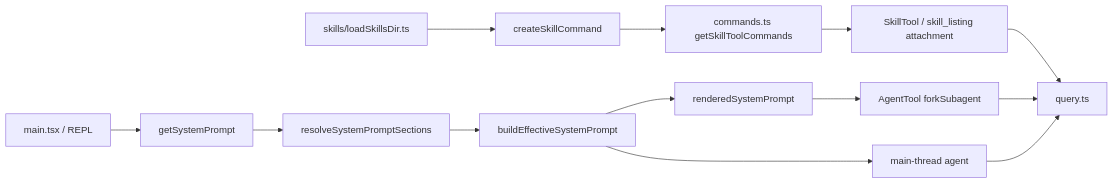
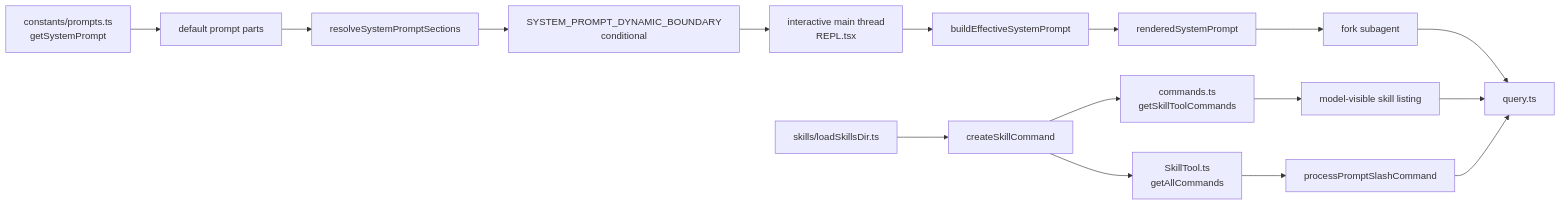
The second of 3 diagrams in ARCHITECTURE.md (Boulea7/ClaudeCode-Source-DeepDive), drawn with Mermaid before and after one commit. The commit also changed other lines of this file and 7 other files, not shown here.

````diff
--- a/ARCHITECTURE.md
+++ b/ARCHITECTURE.md
@@ -37,17 +39,20 @@
 ```mermaid
 flowchart LR
-    A[main.tsx / REPL] --> B[getSystemPrompt]
+    A[constants/prompts.ts<br/>getSystemPrompt] --> B[default prompt parts]
     B --> C[resolveSystemPromptSections]
-    C --> D[buildEffectiveSystemPrompt]
-    D --> E[renderedSystemPrompt]
+    C --> D[SYSTEM_PROMPT_DYNAMIC_BOUNDARY<br/>conditional]
+    D --> E[interactive main thread<br/>REPL.tsx]
+    E --> F[buildEffectiveSystemPrompt]
+    F --> G[renderedSystemPrompt]
 
-    F[skills/loadSkillsDir.ts] --> G[createSkillCommand]
-    G --> H[commands.ts getSkillToolCommands]
-    H --> I[SkillTool / skill_listing attachment]
+    H[skills/loadSkillsDir.ts] --> I[createSkillCommand]
+    I --> J[commands.ts<br/>getSkillToolCommands]
+    I --> K[SkillTool.ts<br/>getAllCommands]
+    K --> L[processPromptSlashCommand]
 
-    E --> J[AgentTool forkSubagent]
-    D --> K[main-thread agent]
-    I --> L[query.ts]
-    J --> L
-    K --> L
+    G --> M[fork subagent]
+    J --> N[model-visible skill listing]
+    L --> O[query.ts]
+    M --> O
+    N --> O
 ```
````
